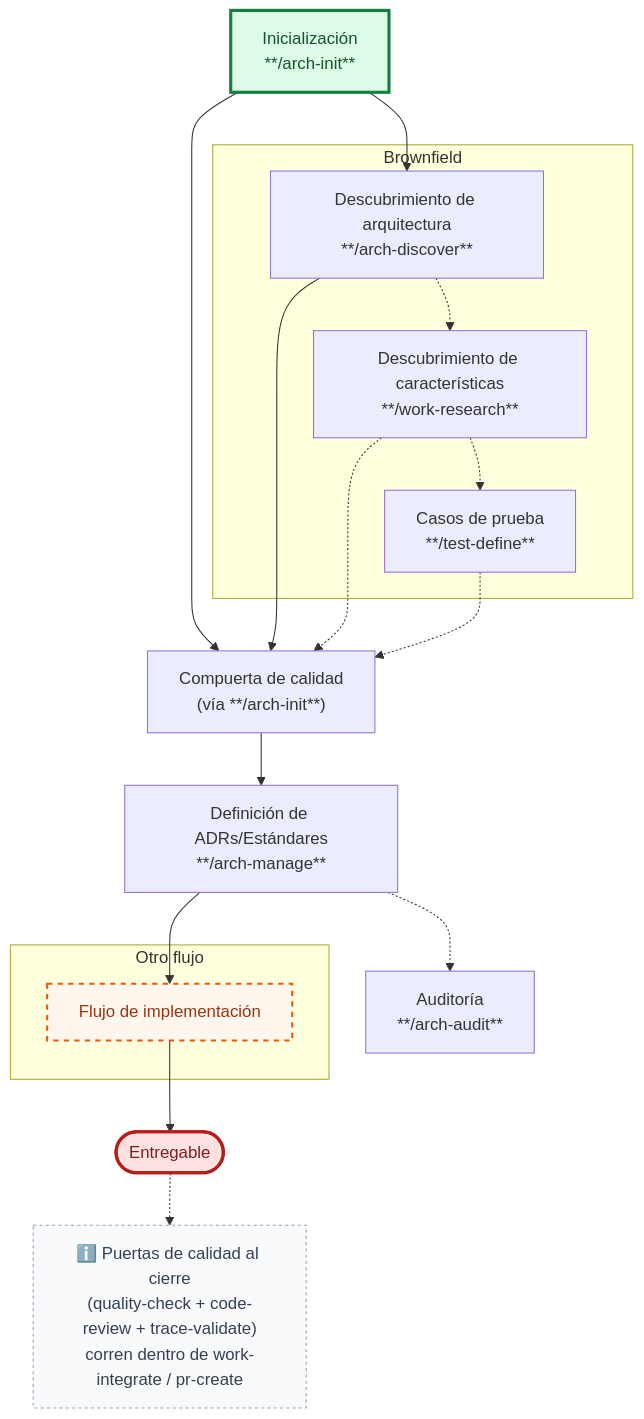
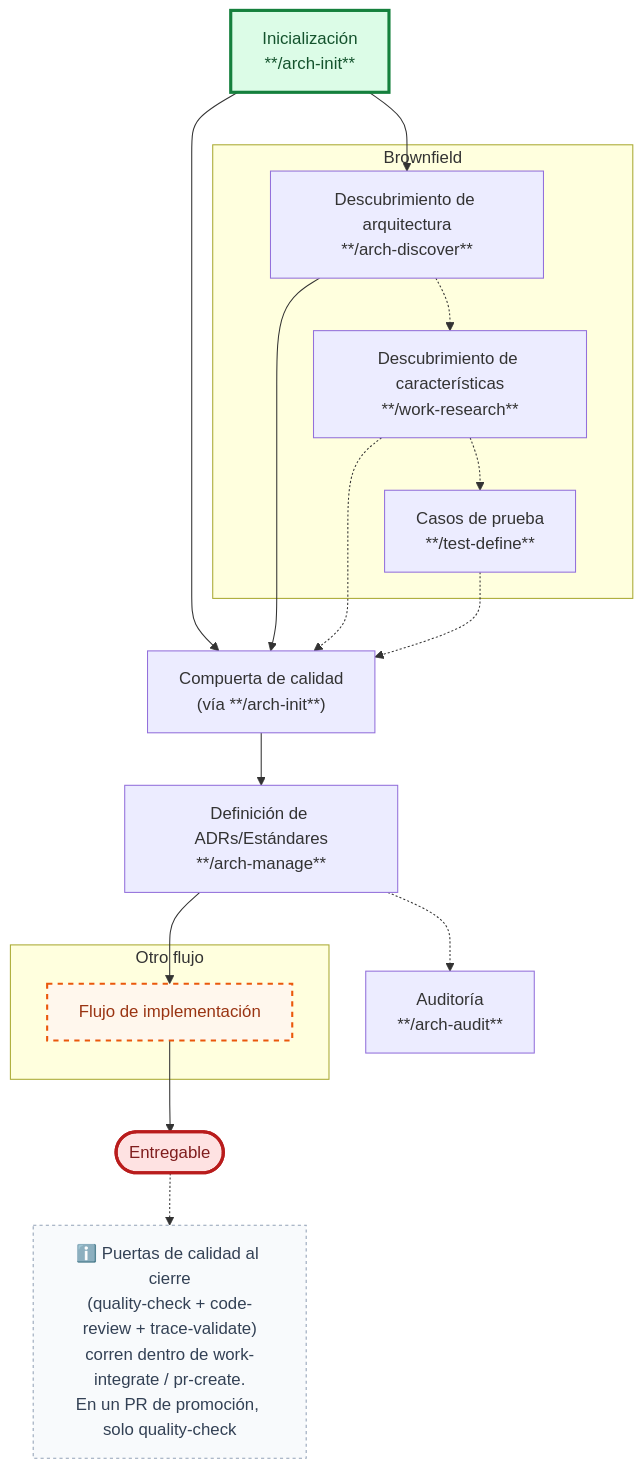
Before and after one commit to juanca202/ai: the first of 3 diagrams in README.md, drawn with Mermaid. The commit also changed other lines of this file and 18 other files, not shown here.

````diff
--- a/README.md
+++ b/README.md
@@ -43,32 +43,32 @@
 ```mermaid
 flowchart TD
     INIT["Inicialización<br/>**/arch-init**"]
     subgraph BF["Brownfield"]
         BA["Descubrimiento de arquitectura<br/>**/arch-discover**"]
         BA -.-> WR["Descubrimiento de características<br/>**/work-research**"]
         WR -.-> TD["Casos de prueba<br/>**/test-define**"]
     end
     INIT --> BA
     INIT --> T["Compuerta de calidad<br/>(vía **/arch-init**)"]
     BA --> T
     WR -.-> T
     TD -.-> T
     T --> S["Definición de ADRs/Estándares<br/>**/arch-manage**"]
     S -.-> AUD["Auditoría<br/>**/arch-audit**"]
     subgraph NESTED["Otro flujo"]
         IMPL["Flujo de implementación"]
     end
     S --> IMPL
     IMPL --> DONE(["Entregable"])
-    NOTE["ℹ️ Puertas de calidad al cierre<br/>(quality-check + code-review + trace-validate)<br/>corren dentro de work-integrate / pr-create"]
+    NOTE["ℹ️ Puertas de calidad al cierre<br/>(quality-check + code-review + trace-validate)<br/>corren dentro de work-integrate / pr-create.<br/>En un PR de promoción, solo quality-check"]
     DONE -.-> NOTE
 
     classDef nestedFlow fill:#fff7ed,stroke:#ea580c,stroke-width:2px,stroke-dasharray:5 5,color:#9a3412
     classDef entryPoint fill:#dcfce7,stroke:#15803d,stroke-width:3px,color:#14532d
     classDef exitPoint fill:#fee2e2,stroke:#b91c1c,stroke-width:3px,color:#7f1d1d
     classDef note fill:#f8fafc,stroke:#94a3b8,stroke-width:1px,stroke-dasharray:3 3,color:#334155
     class IMPL nestedFlow
     class INIT entryPoint
     class DONE exitPoint
     class NOTE note
 ```
````
